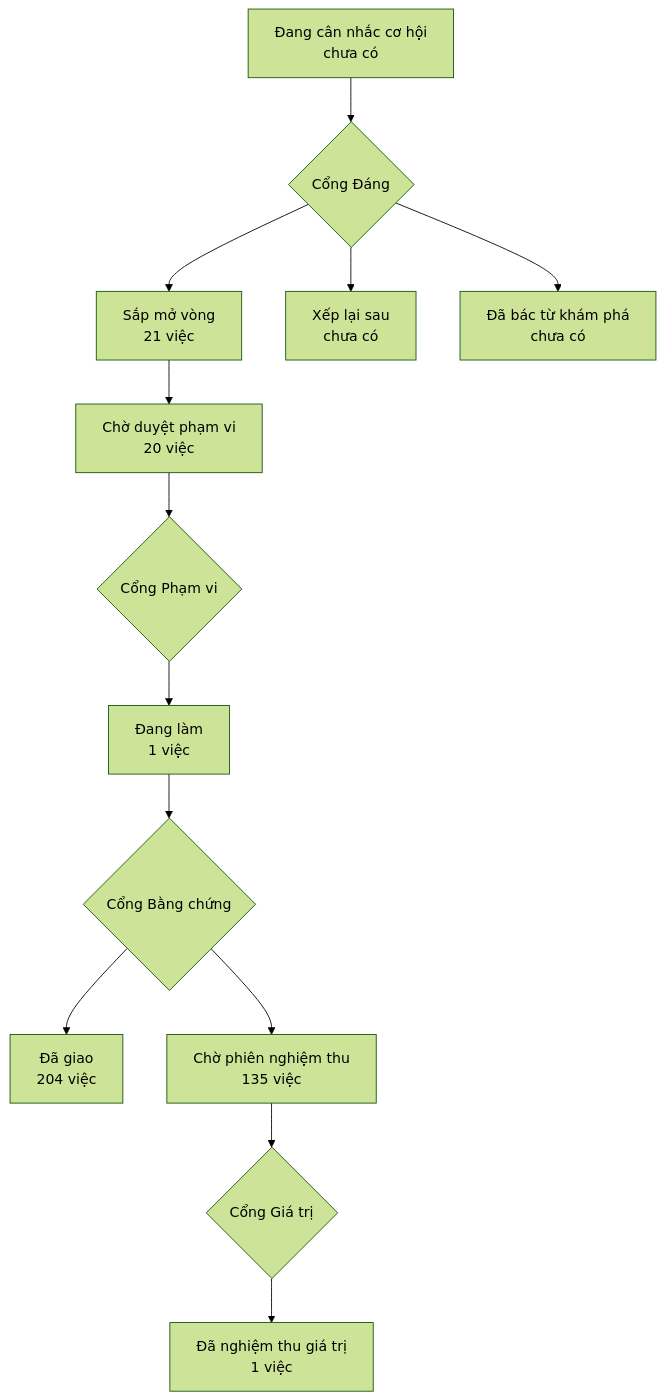
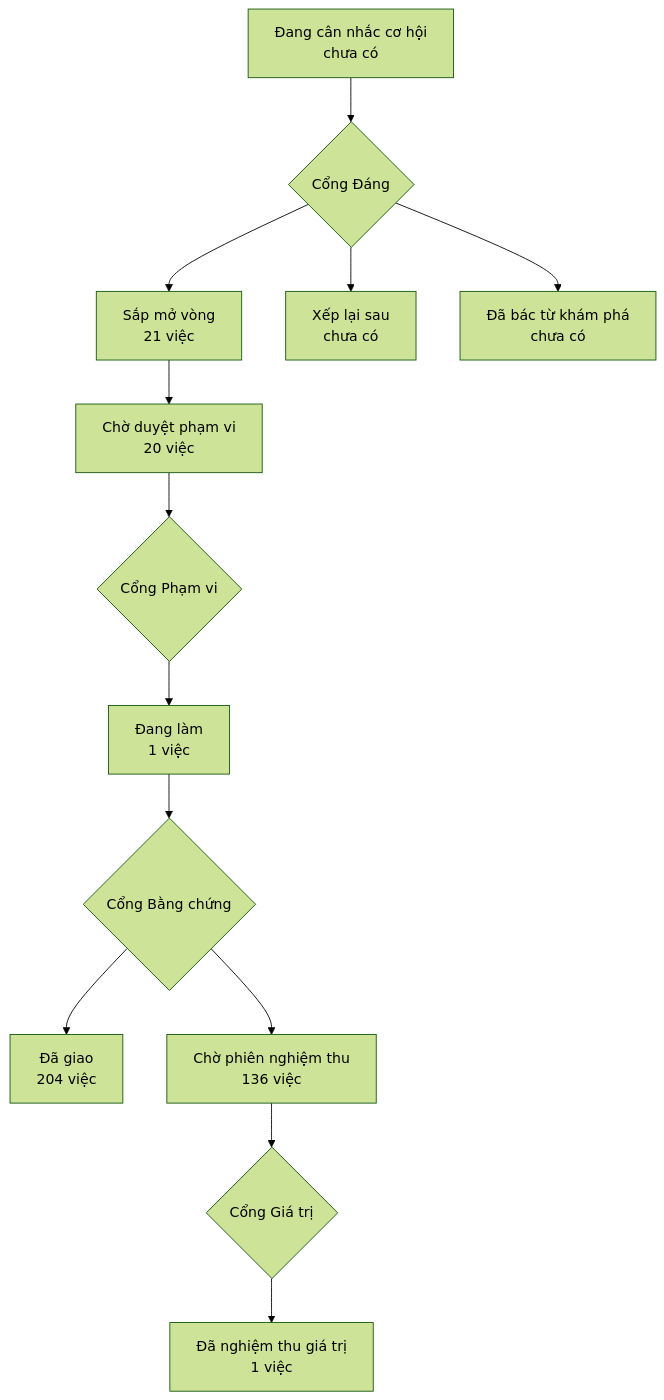
Before and after one commit to phanlemanh/onehub-invest: the diagram in PRODUCT-MAP.md, drawn with Mermaid (forest theme). The commit also changed other lines of this file and 1 other file, not shown here.

Commit message:
chore: vẽ lại bản đồ sau khi nhận main

````diff
--- a/PRODUCT-MAP.md
+++ b/PRODUCT-MAP.md
@@ -7,12 +7,12 @@
 ```mermaid
 flowchart TD
   A["Đang cân nhắc cơ hội<br/>chưa có"] --> GD{"Cổng Đáng"}
   GD --> B["Sắp mở vòng<br/>21 việc"]
   GD --> XL["Xếp lại sau<br/>chưa có"]
   GD --> DB["Đã bác từ khám phá<br/>chưa có"]
   B --> CD["Chờ duyệt phạm vi<br/>20 việc"] --> GP{"Cổng Phạm vi"}
   GP --> DL["Đang làm<br/>1 việc"] --> GB{"Cổng Bằng chứng"}
   GB --> DG["Đã giao<br/>204 việc"]
-  GB --> CN["Chờ phiên nghiệm thu<br/>135 việc"] --> GG{"Cổng Giá trị"}
+  GB --> CN["Chờ phiên nghiệm thu<br/>136 việc"] --> GG{"Cổng Giá trị"}
   GG --> NT["Đã nghiệm thu giá trị<br/>1 việc"]
 ```
````
